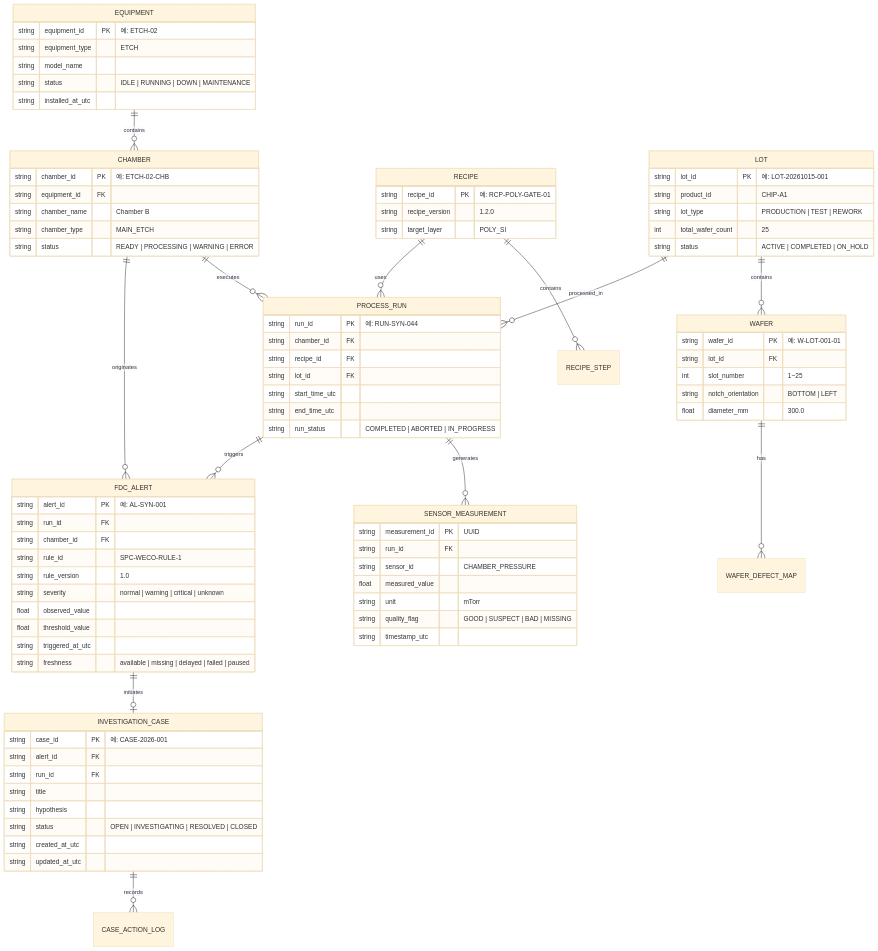
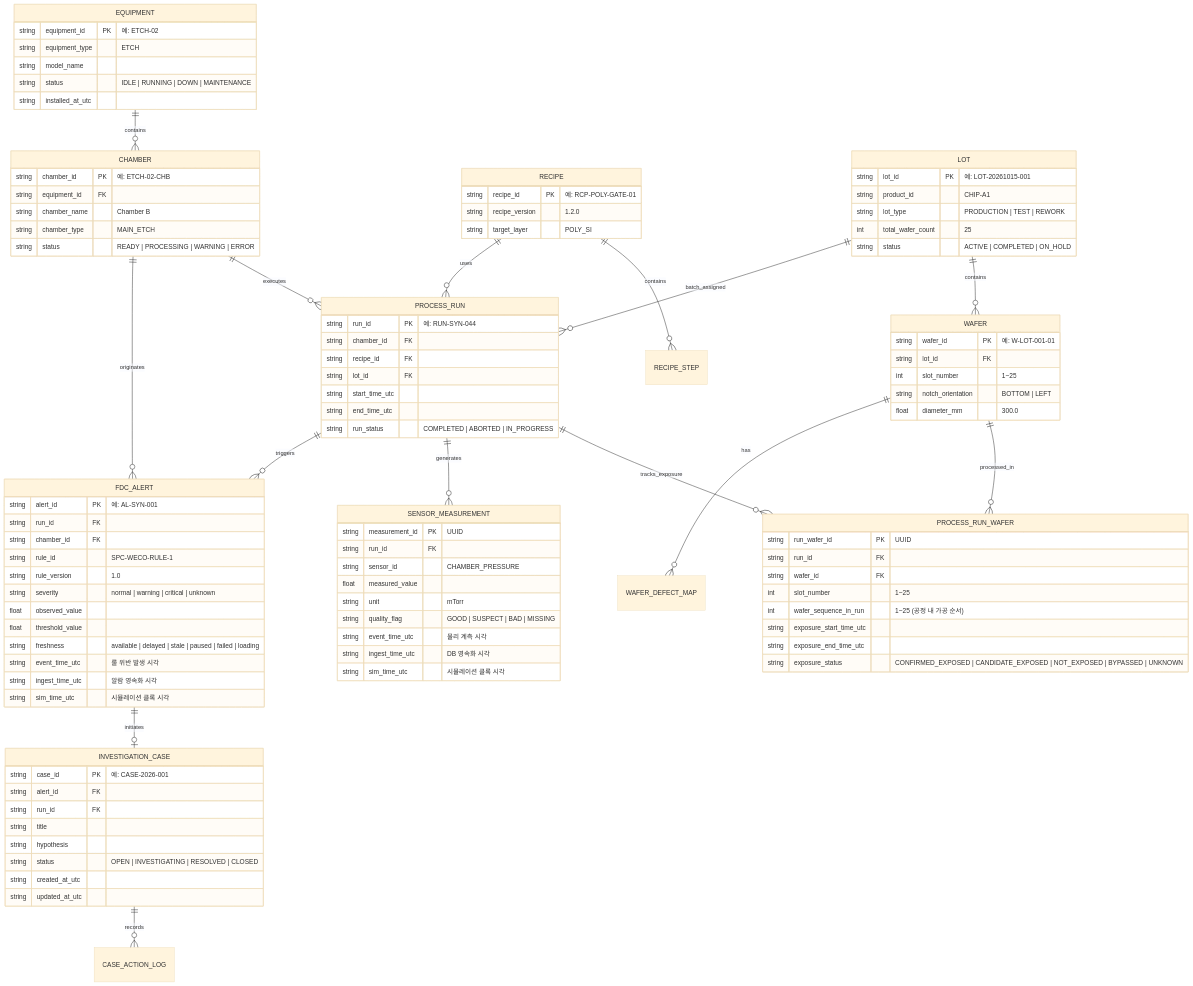
Before and after one commit to Junebooky/semi_fab: the diagram in docs/architecture/domain-data-contract-v0.1.md, drawn with Mermaid (base theme). The commit also changed other lines of this file and 2 other files, not shown here.

```diff
--- a/docs/architecture/domain-data-contract-v0.1.md
+++ b/docs/architecture/domain-data-contract-v0.1.md
@@ -25,7 +30,9 @@
     RECIPE ||--o{ RECIPE_STEP : contains
     RECIPE ||--o{ PROCESS_RUN : uses
     LOT ||--o{ WAFER : contains
-    LOT ||--o{ PROCESS_RUN : processed_in
+    LOT ||--o{ PROCESS_RUN : batch_assigned
+    PROCESS_RUN ||--o{ PROCESS_RUN_WAFER : tracks_exposure
+    WAFER ||--o{ PROCESS_RUN_WAFER : processed_in
     PROCESS_RUN ||--o{ SENSOR_MEASUREMENT : generates
     PROCESS_RUN ||--o{ FDC_ALERT : triggers
     CHAMBER ||--o{ FDC_ALERT : originates
@@ -81,6 +88,17 @@
         string run_status "COMPLETED | ABORTED | IN_PROGRESS"
     }
 
+    PROCESS_RUN_WAFER {
+        string run_wafer_id PK "UUID"
+        string run_id FK
+        string wafer_id FK
+        int slot_number "1~25"
+        int wafer_sequence_in_run "1~25 (공정 내 가공 순서)"
+        string exposure_start_time_utc
+        string exposure_end_time_utc
+        string exposure_status "CONFIRMED_EXPOSED | CANDIDATE_EXPOSED | NOT_EXPOSED | BYPASSED | UNKNOWN"
+    }
+
     SENSOR_MEASUREMENT {
         string measurement_id PK "UUID"
         string run_id FK
@@ -88,7 +106,9 @@
         float measured_value
         string unit "mTorr"
         string quality_flag "GOOD | SUSPECT | BAD | MISSING"
-        string timestamp_utc
+        string event_time_utc "물리 계측 시각"
+        string ingest_time_utc "DB 영속화 시각"
+        string sim_time_utc "시뮬레이션 클록 시각"
     }
 
     FDC_ALERT {
@@ -100,8 +120,10 @@
         string severity "normal | warning | critical | unknown"
         float observed_value
         float threshold_value
-        string triggered_at_utc
-        string freshness "available | missing | delayed | failed | paused"
+        string freshness "available | delayed | stale | paused | failed | loading"
+        string event_time_utc "룰 위반 발생 시각"
+        string ingest_time_utc "알람 영속화 시각"
+        string sim_time_utc "시뮬레이션 클록 시각"
     }
 
     INVESTIGATION_CASE {
```
